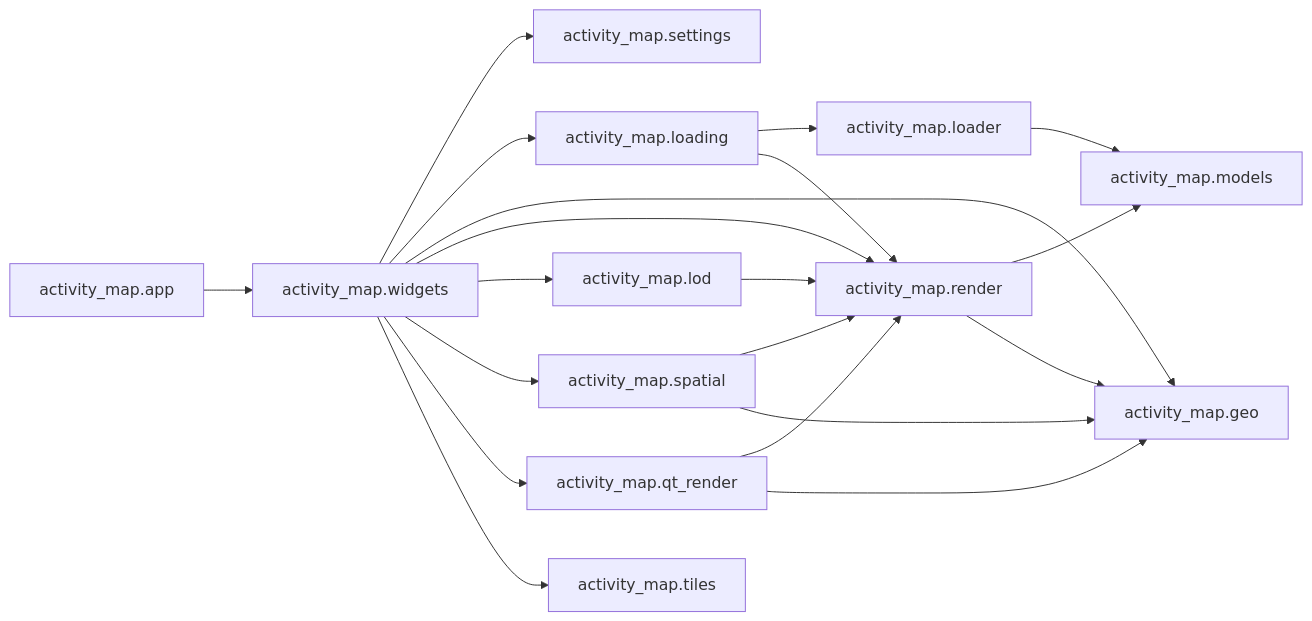
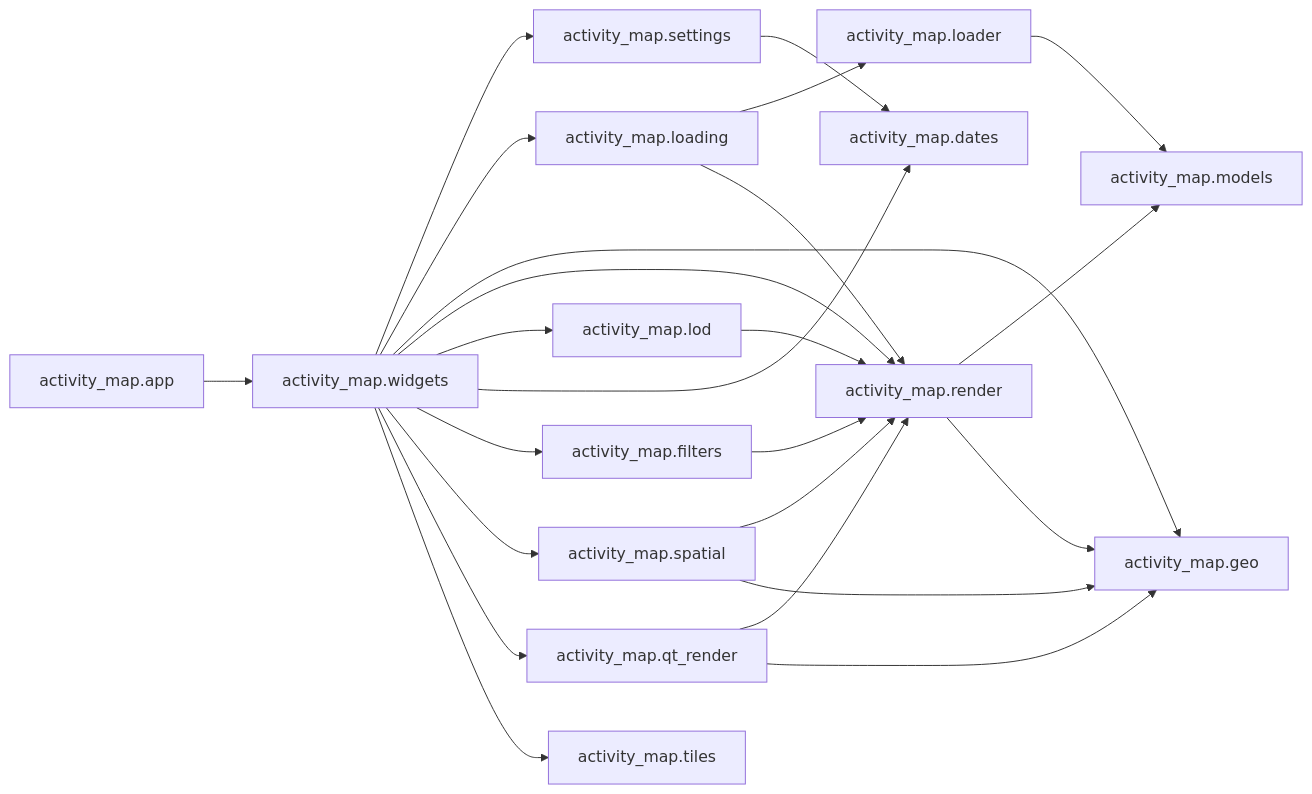
Before and after one commit to marcelpetrick/GarminActivityMap: the third of 4 diagrams in documents/architecture.md, drawn with Mermaid. The commit also changed other lines of this file and 10 other files, not shown here.

````diff
--- a/documents/architecture.md
+++ b/documents/architecture.md
@@ -49,35 +49,41 @@
 ```mermaid
 flowchart LR
   loader[activity_map.loader]
   models[activity_map.models]
   geo[activity_map.geo]
   render[activity_map.render]
   loading[activity_map.loading]
+  dates[activity_map.dates]
+  filters[activity_map.filters]
   lod[activity_map.lod]
   spatial[activity_map.spatial]
   qt_render[activity_map.qt_render]
   settings[activity_map.settings]
   tiles[activity_map.tiles]
   widgets[activity_map.widgets]
   app[activity_map.app]
 
   app --> widgets
   widgets --> settings
   widgets --> loading
   loading --> loader
   loading --> render
   loader --> models
   render --> models
   widgets --> geo
   widgets --> render
   widgets --> lod
+  widgets --> dates
+  widgets --> filters
+  filters --> render
+  settings --> dates
   widgets --> spatial
   widgets --> qt_render
   widgets --> tiles
   render --> geo
   qt_render --> render
   qt_render --> geo
   spatial --> render
   spatial --> geo
   lod --> render
 ```
````
